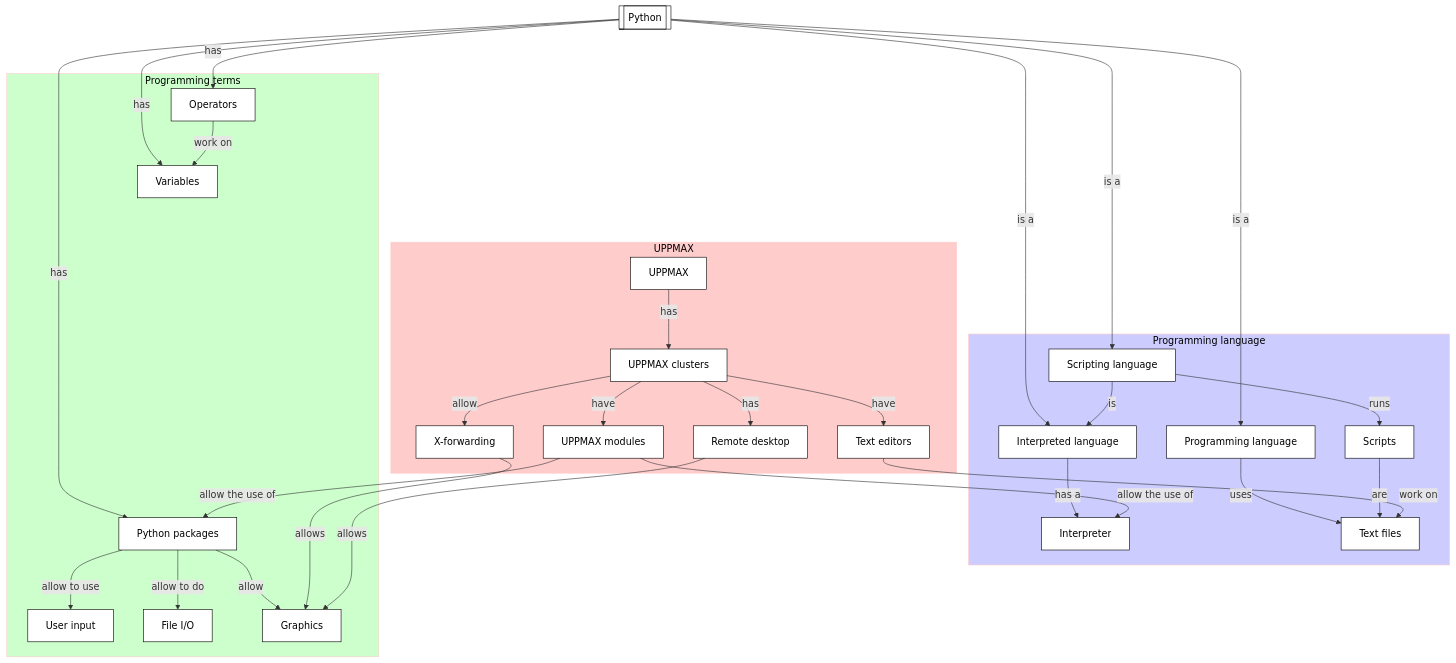
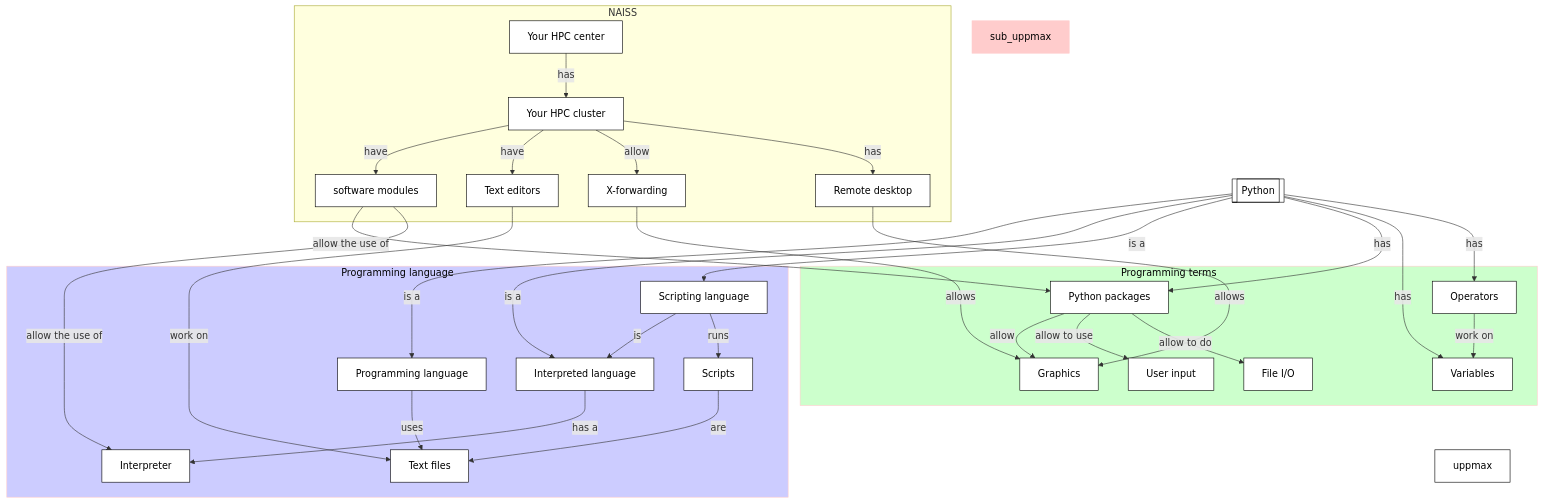
One commit to UPPMAX/uppmax_intro_python changed the diagram in docs/sessions/files.md. Above: the diagram before and after it, drawn with Mermaid. The commit also changed 7 other files, not shown here.

````diff
--- a/docs/sessions/files.md
+++ b/docs/sessions/files.md
@@ -34,76 +34,76 @@
 ```mermaid
 flowchart TD
     python[[Python]]
 
     %% Give a white background to all nodes, instead of a transparent one
     classDef node fill:#fff,color:#000,stroke:#000
 
     subgraph sub_programming_language[Programming language]
       interpreted_language[Interpreted language]
       programming_language[Programming language]
       scripting_language[Scripting language]
       interpreter[Interpreter]
       scripts[Scripts]
       text_files[Text files]
     end
     style sub_programming_language fill:#ccf,color:#000,stroke:#fcc
 
     subgraph sub_programming_terms[Programming terms]
       user_input[User input]
       file_io[File I/O]
       %% command_line_arguments[Command-line arguments]
       variables[Variables]
       operators[Operators]
       %% functions[Functions]
       python_packages[Python packages]
       graphics[Graphics]
     end 
     style sub_programming_terms fill:#cfc,color:#000,stroke:#fcc
 
-    subgraph sub_uppmax[UPPMAX]
-      uppmax[UPPMAX]
-      uppmax_modules[UPPMAX modules]
-      uppmax_clusters[UPPMAX clusters]
+    subgraph sub_naiss[NAISS]
+      your_hpc_center[Your HPC center]
+      modules[software modules]
+      your_hpc_cluster[Your HPC cluster]
       text_editors[Text editors]
       x_forwarding[X-forwarding]
       remote_desktop[Remote desktop]
     end
     style sub_uppmax fill:#fcc,color:#000,stroke:#fcc
 
     python --> |is a| programming_language
     python --> |is a| interpreted_language
     python --> |is a| scripting_language
 
     programming_language --> |uses| text_files
     interpreted_language --> |has a| interpreter
     scripting_language --> |is|interpreted_language
     scripting_language --> |runs| scripts
     scripts --> |are| text_files
     %% scripts --> |can use| command_line_arguments
 
     python --> |has| python_packages
     python --> |has| variables
     %%python --> |has| functions
     python --> |has| operators
     %%functions --> |use| variables
     operators --> |work on| variables
     python_packages --> |allow| graphics
     python_packages --> |allow to use| user_input
     python_packages --> |allow to do| file_io
     %% python_packages --> |allow to use| command_line_arguments
 
-    uppmax --> |has| uppmax_clusters
-    uppmax_clusters --> |have| uppmax_modules
-    uppmax_clusters --> |have| text_editors
-    uppmax_clusters --> |allow| x_forwarding
-    uppmax_clusters --> |has| remote_desktop
-    uppmax_modules --> |allow the use of| python_packages
-    uppmax_modules --> |allow the use of| interpreter
+    your_hpc_center --> |has| your_hpc_cluster
+    your_hpc_cluster --> |have| modules
+    your_hpc_cluster --> |have| text_editors
+    your_hpc_cluster --> |allow| x_forwarding
+    your_hpc_cluster --> |has| remote_desktop
+    modules --> |allow the use of| python_packages
+    modules --> |allow the use of| interpreter
 
     text_editors --> |work on|text_files
     x_forwarding --> |allows|graphics
     remote_desktop --> |allows|graphics
     
 
     variables ~~~ uppmax
 ```
````
